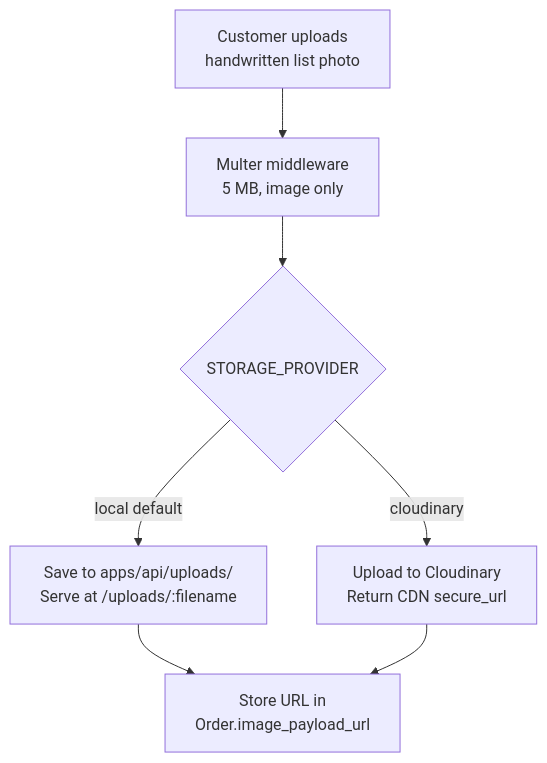
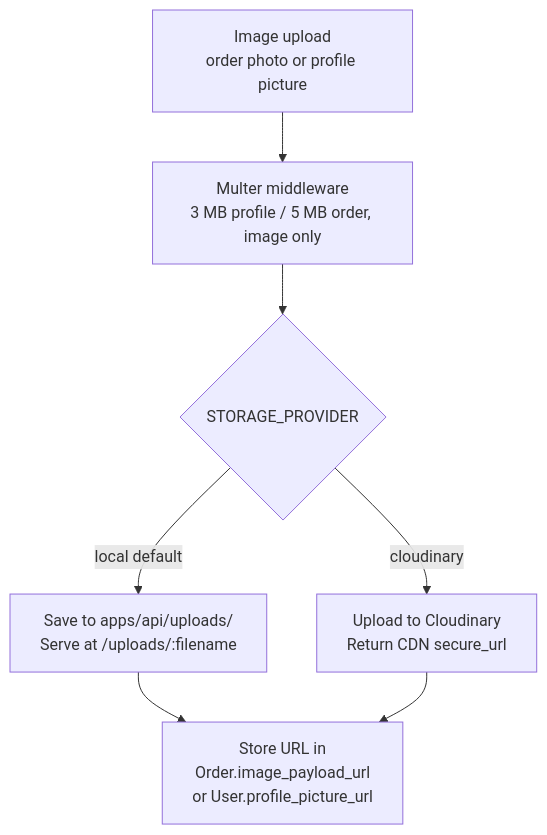
One commit to mrabinash2022/sigmaapps changed diagram 19 of 22 in Localite/docs/architecture.md. Above: the diagram before and after it, drawn with Mermaid. The commit also changed other lines of this file and 48 other files, not shown here.

````diff
--- a/Localite/docs/architecture.md
+++ b/Localite/docs/architecture.md
@@ -814,11 +937,11 @@
 ```mermaid
 flowchart TD
-    UPLOAD[Customer uploads\nhandwritten list photo] --> MULTER[Multer middleware\n5 MB, image only]
+    UPLOAD[Image upload\norder photo or profile picture] --> MULTER[Multer middleware\n3 MB profile / 5 MB order, image only]
     MULTER --> STORAGE{STORAGE_PROVIDER}
 
     STORAGE -->|local default| LOCAL[Save to apps/api/uploads/\nServe at /uploads/:filename]
     STORAGE -->|cloudinary| CLOUD[Upload to Cloudinary\nReturn CDN secure_url]
 
-    LOCAL --> DB_STORE[Store URL in\nOrder.image_payload_url]
+    LOCAL --> DB_STORE[Store URL in\nOrder.image_payload_url\nor User.profile_picture_url]
     CLOUD --> DB_STORE
 ```
````
